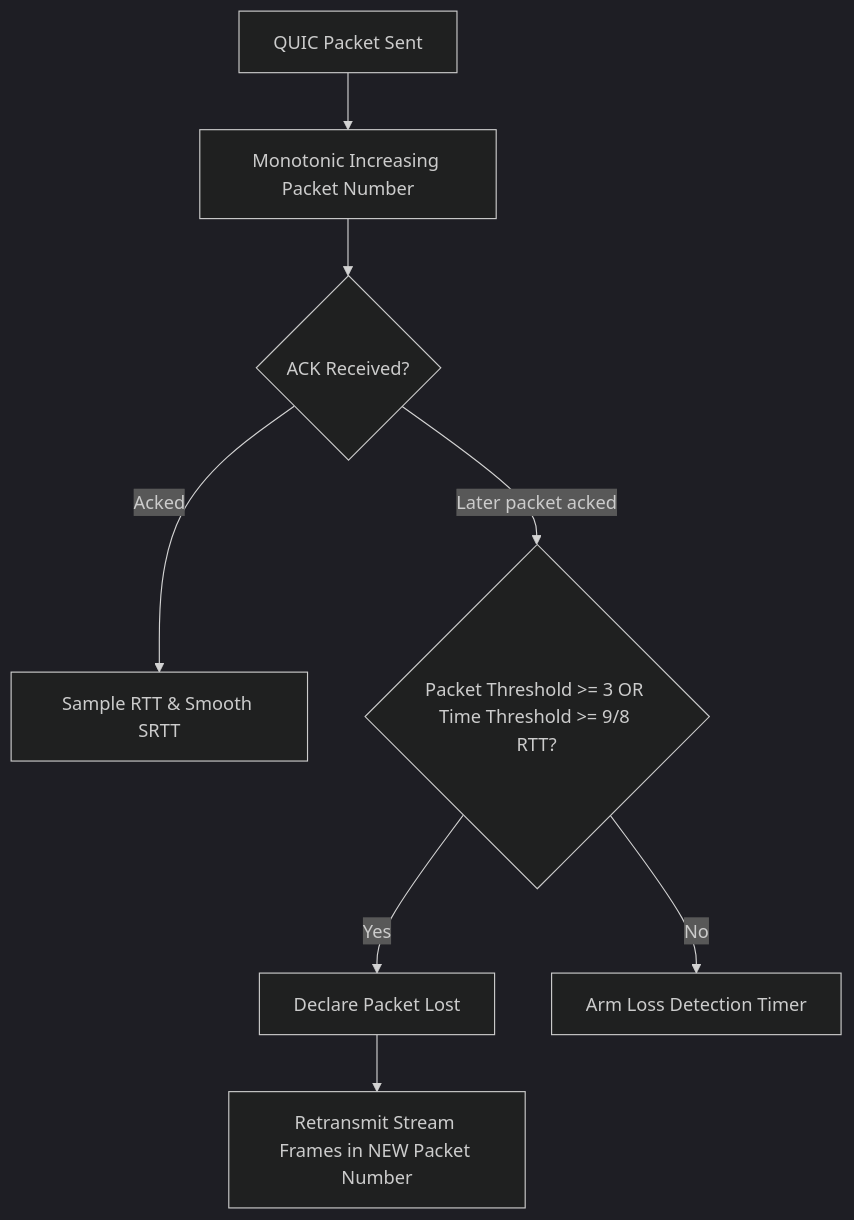
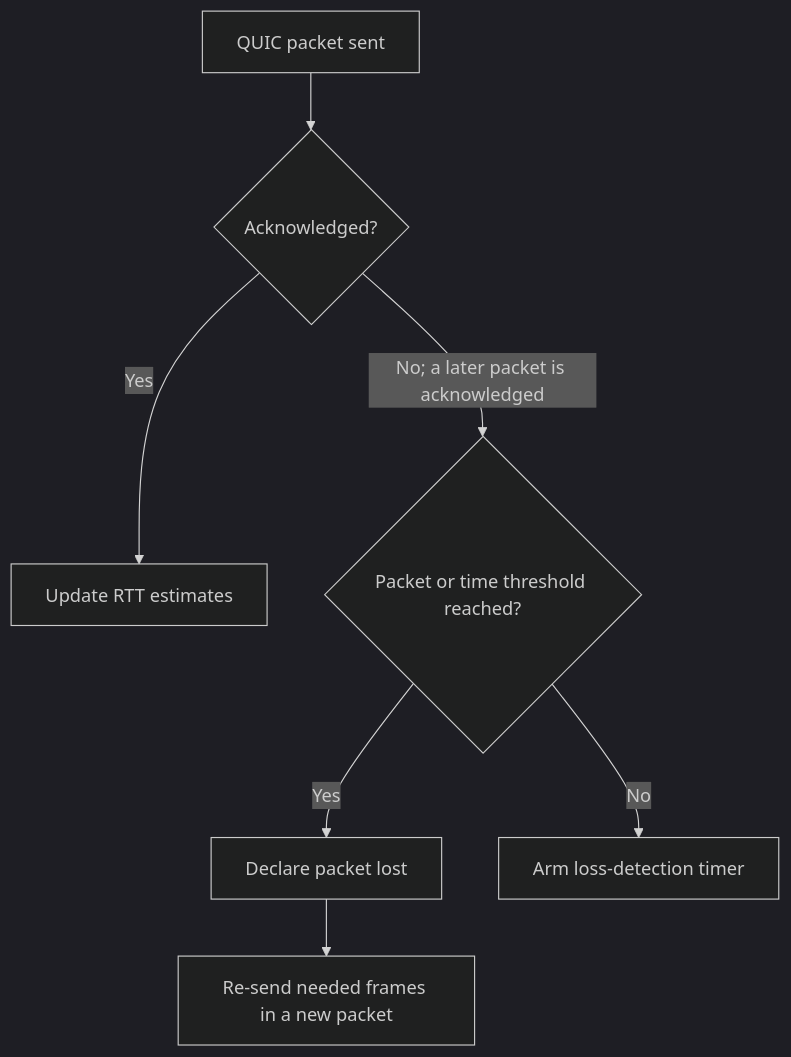
One commit to isihussain/developer-handbook changed the diagram in docs/quic-loss-detection-congestion.md. Above: the diagram before and after it, drawn with Mermaid (dark theme). The commit also changed other lines of this file, not shown here.

Commit message:
docs: clarify QUIC loss detection thresholds

````diff
--- a/docs/quic-loss-detection-congestion.md
+++ b/docs/quic-loss-detection-congestion.md
@@ -5,10 +5,9 @@
 ```mermaid
 flowchart TD
-    Send[QUIC Packet Sent] --> Monotonic[Monotonic Increasing Packet Number]
-    Monotonic --> ACK{ACK Received?}
-    ACK -->|Acked| RTT[Sample RTT & Smooth SRTT]
-    ACK -->|Later packet acked| LossCheck{Packet Threshold >= 3 OR Time Threshold >= 9/8 RTT?}
-    LossCheck -->|Yes| DeclareLoss[Declare Packet Lost]
-    LossCheck -->|No| ArmTimer[Arm Loss Detection Timer]
-    DeclareLoss --> Retransmit[Retransmit Stream Frames in NEW Packet Number]
+    Sent[QUIC packet sent] --> Ack{Acknowledged?}
+    Ack -->|Yes| RTT[Update RTT estimates]
+    Ack -->|No; a later packet is acknowledged| Check{Packet or time threshold reached?}
+    Check -->|Yes| Lost[Declare packet lost]
+    Check -->|No| Timer[Arm loss-detection timer]
+    Lost --> Retransmit[Re-send needed frames in a new packet]
 ```
````
